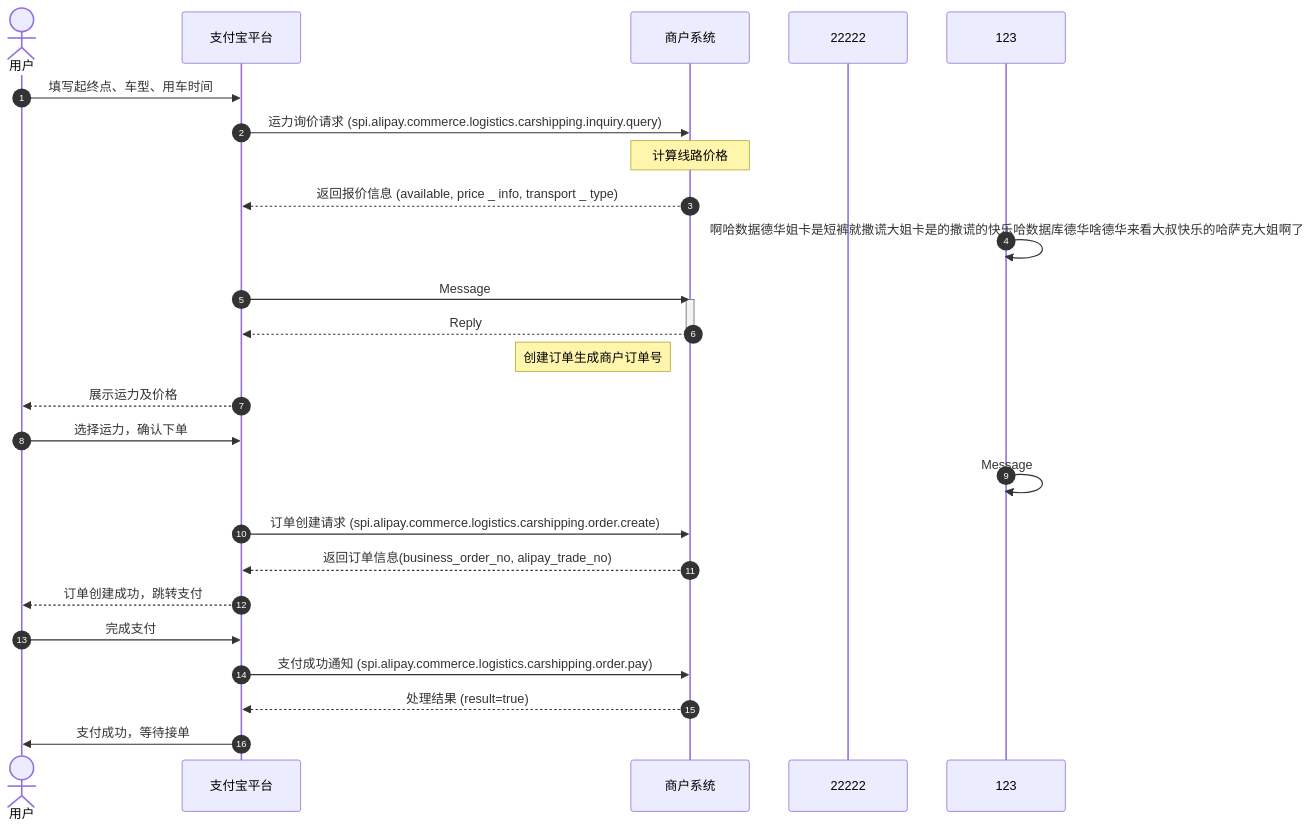
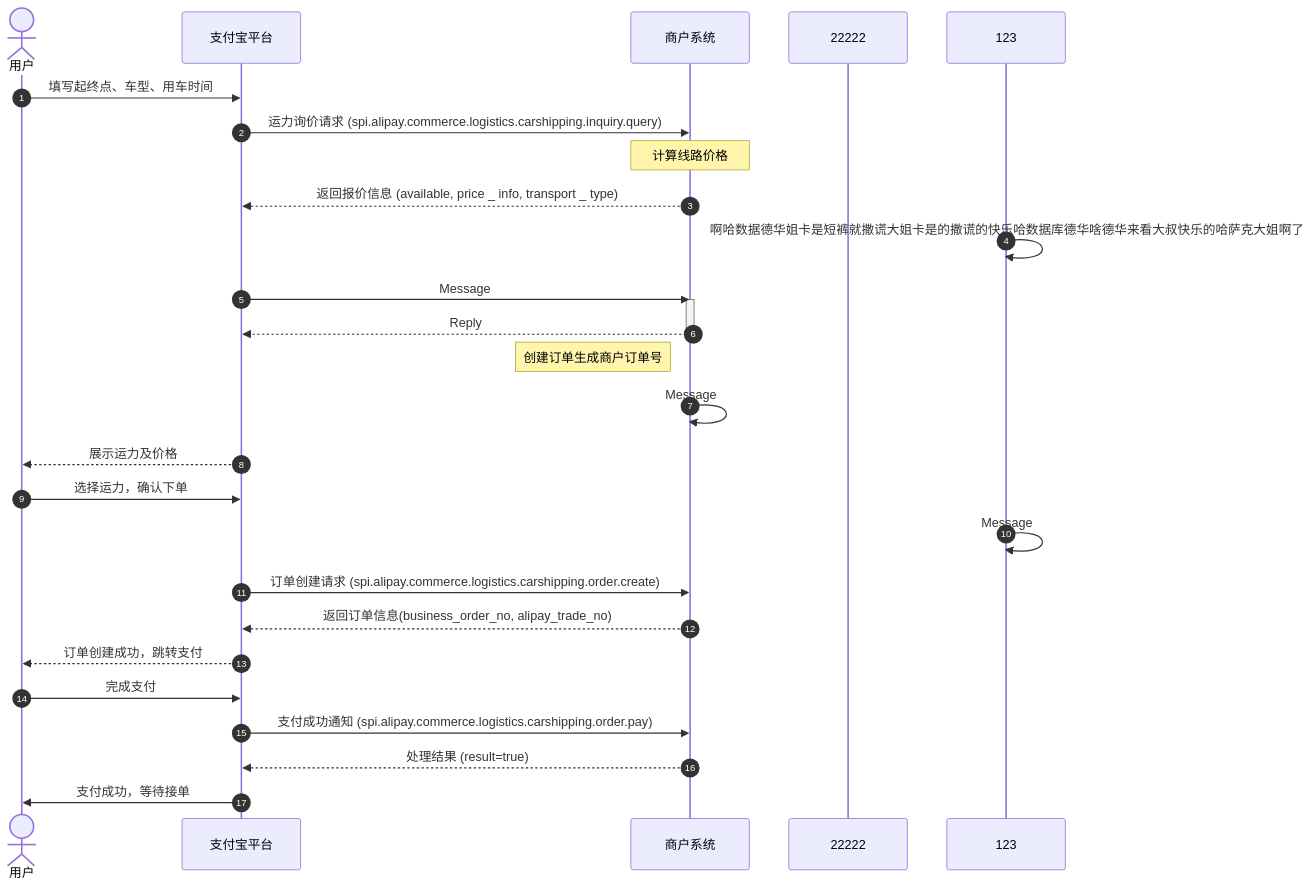
The diagram in notes/test_dba1b258-be6a-414c-9967-aedbcccfa44f.md (pingpm/mermaid_vault), drawn with Mermaid before and after one commit. The commit also changed 2 other files, not shown here.

Commit message:
Sync Mermaid Studio data (8 diagrams)

````diff
--- a/notes/test_dba1b258-be6a-414c-9967-aedbcccfa44f.md
+++ b/notes/test_dba1b258-be6a-414c-9967-aedbcccfa44f.md
@@ -3,30 +3,31 @@
 ```mermaid
 sequenceDiagram
   autonumber
   actor p0 as 用户
   participant p1 as 支付宝平台
   participant p2 as 商户系统
   participant p3 as 22222
   participant p4 as 123
   p0->>p1: 填写起终点、⻋型、⽤⻋时间
   p1->>p2: 运⼒询价请求 (spi.alipay.commerce.logistics.carshipping.inquiry.query)
   Note over p2: 计算线路价格
   p2-->>p1: 返回报价信息 (available, price _ info, transport _ type)
   p4->>p4: 啊哈数据德华姐卡是短裤就撒谎大姐卡是的撒谎的快乐哈数据库德华啥德华来看大叔快乐的哈萨克大姐啊了
   p1->>p2: Message
   activate p2
   p2-->>p1: Reply
   deactivate p2
   Note left of p2: 创建订单⽣成商户订单号
+  p2->>p2: Message
   p1-->>p0: 展示运⼒及价格
   p0->>p1: 选择运⼒，确认下单
   p4->>p4: Message
   p1->>p2: 订单创建请求 (spi.alipay.commerce.logistics.carshipping.order.create)
   p2-->>p1: 返回订单信息(business_order_no, alipay_trade_no)
   p1-->>p0: 订单创建成功，跳转⽀付
   p0->>p1: 完成⽀付
   p1->>p2: ⽀付成功通知 (spi.alipay.commerce.logistics.carshipping.order.pay)
   p2-->>p1: 处理结果 (result=true)
   p1->>p0: ⽀付成功，等待接单
 
 ```
````
